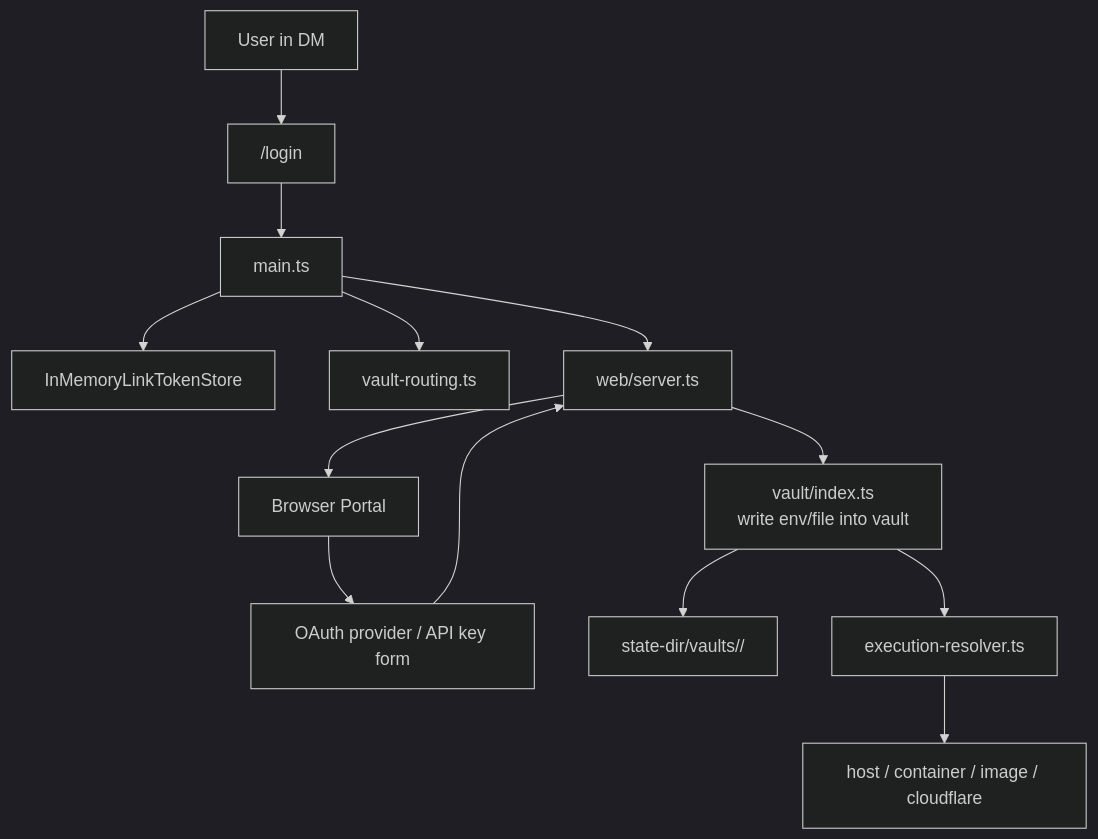
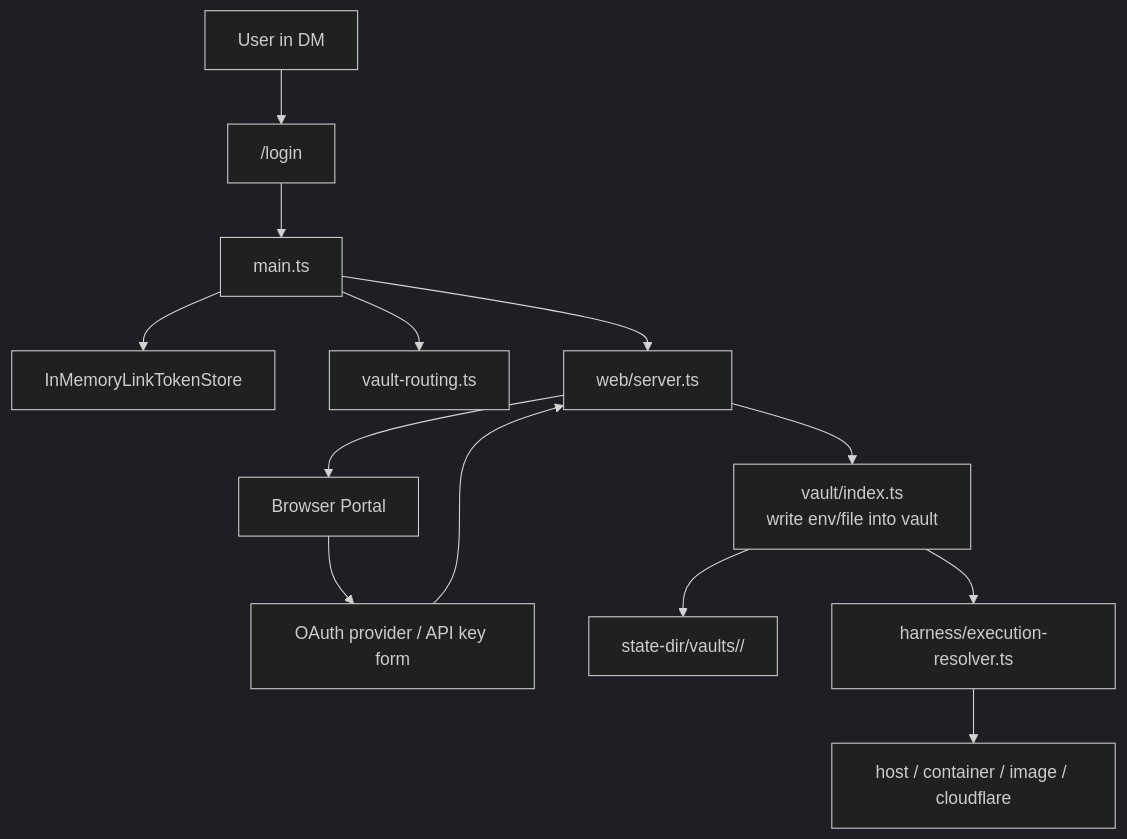
Before and after one commit to geminixiang/mikan: the second of 2 diagrams in src/content/docs/architecture.md, drawn with Mermaid (dark theme). The commit also changed other lines of this file and 192 other files, not shown here.

````diff
--- a/src/content/docs/architecture.md
+++ b/src/content/docs/architecture.md
@@ -214,15 +215,15 @@
 ```mermaid
 flowchart TD
   User["User in DM"] --> LoginCmd["/login"]
   LoginCmd --> Main["main.ts"]
   Main --> LinkToken["InMemoryLinkTokenStore"]
   Main --> VaultRouting["vault-routing.ts"]
   Main --> WebServer["web/server.ts"]
   WebServer --> Browser["Browser Portal"]
   Browser --> OAuth["OAuth provider / API key form"]
   OAuth --> WebServer
   WebServer --> VaultManager["vault/index.ts\nwrite env/file into vault"]
   VaultManager --> VaultDir["state-dir/vaults/<vaultId>/"]
-  VaultManager --> Resolver["execution-resolver.ts"]
+  VaultManager --> Resolver["harness/execution-resolver.ts"]
   Resolver --> Sandbox["host / container / image / cloudflare"]
 ```
````
